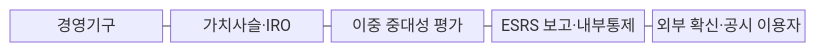
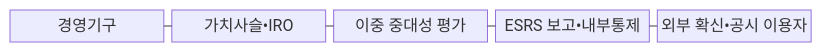
The first of 2 diagrams in src/content/docs/notes/07-law-policy/036_eu_csrd.md (agnusdei1207/knowledge-base), drawn with Mermaid before and after one commit. The commit also changed other lines of this file and 953 other files, not shown here.

````diff
--- a/src/content/docs/notes/07-law-policy/036_eu_csrd.md
+++ b/src/content/docs/notes/07-law-policy/036_eu_csrd.md
@@ -69,9 +69,9 @@
 ```mermaid
 block-beta
     columns 5
-    G["경영기구"] V["가치사슬·IRO"] M["이중 중대성 평가"] R["ESRS 보고·내부통제"] A["외부 확신·공시 이용자"]
+    G["경영기구"] V["가치사슬•IRO"] M["이중 중대성 평가"] R["ESRS 보고•내부통제"] A["외부 확신•공시 이용자"]
     G --- V
     V --- M
     M --- R
     R --- A
 ```
````
